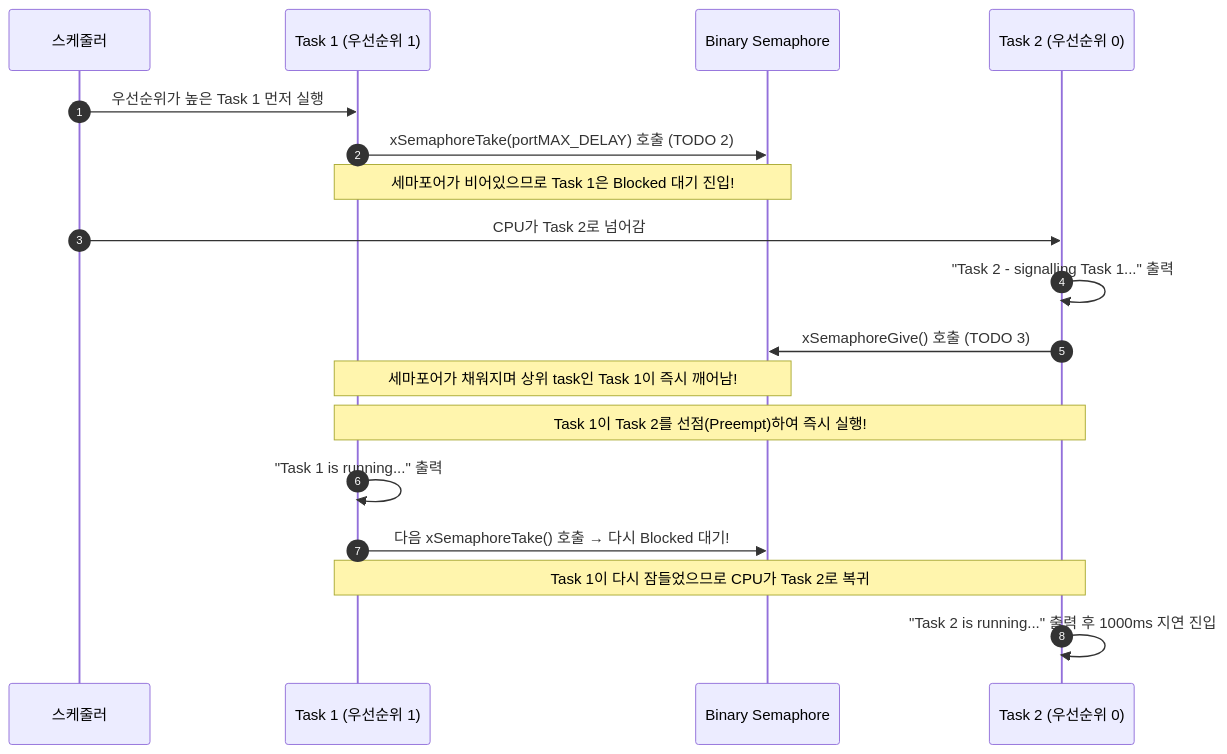
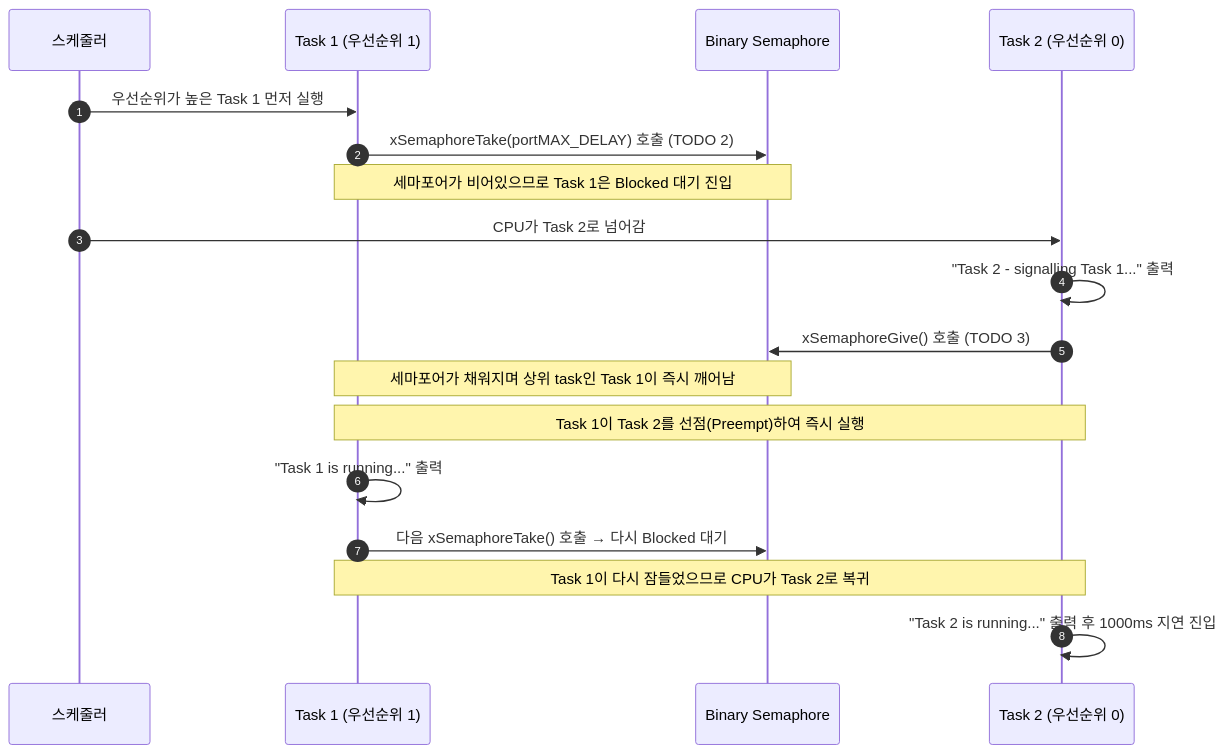
One commit to yunju-baek/FreeRTOS-Tutorials-ko changed the second of 2 diagrams in ko/guides/tutorial_12.md. Above: the diagram before and after it, drawn with Mermaid. The commit also changed other lines of this file and 37 other files, not shown here.

````diff
--- a/ko/guides/tutorial_12.md
+++ b/ko/guides/tutorial_12.md
@@ -65,21 +67,21 @@
 ```mermaid
 sequenceDiagram
     autonumber
     participant Sched as 스케줄러
     participant T1 as Task 1 (우선순위 1)
     participant Sem as Binary Semaphore
     participant T2 as Task 2 (우선순위 0)
 
     Sched->>T1: 우선순위가 높은 Task 1 먼저 실행
     T1->>Sem: xSemaphoreTake(portMAX_DELAY) 호출 (TODO 2)
-    Note over T1,Sem: 세마포어가 비어있으므로 Task 1은 Blocked 대기 진입!
+    Note over T1,Sem: 세마포어가 비어있으므로 Task 1은 Blocked 대기 진입
     Sched->>T2: CPU가 Task 2로 넘어감
     T2->>T2: "Task 2 - signalling Task 1..." 출력
     T2->>Sem: xSemaphoreGive() 호출 (TODO 3)
-    Note over Sem,T1: 세마포어가 채워지며 상위 task인 Task 1이 즉시 깨어남!
-    Note over T1,T2: Task 1이 Task 2를 선점(Preempt)하여 즉시 실행!
+    Note over Sem,T1: 세마포어가 채워지며 상위 task인 Task 1이 즉시 깨어남
+    Note over T1,T2: Task 1이 Task 2를 선점(Preempt)하여 즉시 실행
     T1->>T1: "Task 1 is running..." 출력
-    T1->>Sem: 다음 xSemaphoreTake() 호출 → 다시 Blocked 대기!
+    T1->>Sem: 다음 xSemaphoreTake() 호출 → 다시 Blocked 대기
     Note over T1,T2: Task 1이 다시 잠들었으므로 CPU가 Task 2로 복귀
     T2->>T2: "Task 2 is running..." 출력 후 1000ms 지연 진입
 ```
````
